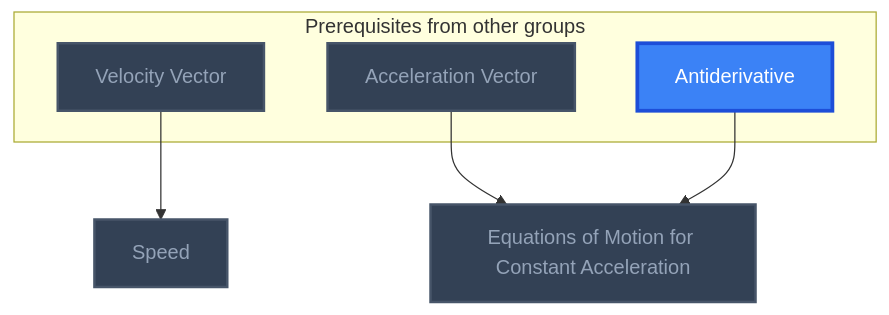
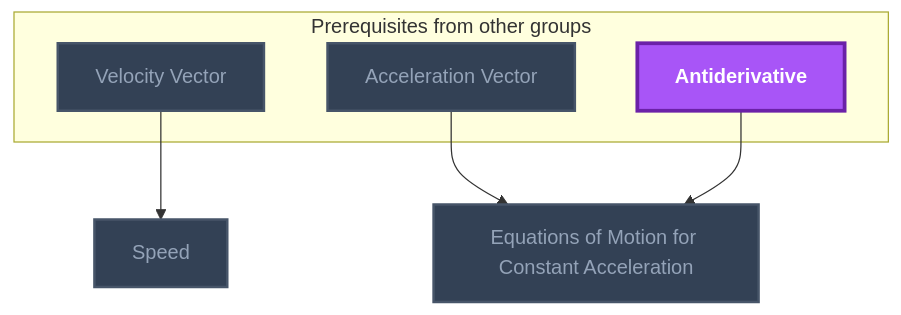
One commit to MRauf1/My-Notes changed the eighth of 15 diagrams in Gamification/Skill Trees/Classical Mechanics.md. Above: the diagram before and after it, drawn with Mermaid. The commit also changed 73 other files, not shown here.

````diff
--- a/Gamification/Skill Trees/Classical Mechanics.md
+++ b/Gamification/Skill Trees/Classical Mechanics.md
@@ -251,25 +251,25 @@
 ```mermaid
 flowchart TD
     classDef planned fill:#1E293B,stroke:#64748B,stroke-width:2px,stroke-dasharray:5 5,color:#94A3B8;
     classDef locked fill:#334155,stroke:#475569,stroke-width:2px,color:#94A3B8;
     classDef L0 fill:#F1F5F9,stroke:#94A3B8,stroke-width:2px,color:#000000;
     classDef L1 fill:#22C55E,stroke:#15803D,stroke-width:2px,color:#000000;
     classDef L2 fill:#3B82F6,stroke:#1D4ED8,stroke-width:3px,color:#FFFFFF;
     classDef L3 fill:#A855F7,stroke:#6B21A8,stroke-width:3px,color:#FFFFFF,font-weight:bold;
     classDef L4 fill:#F97316,stroke:#C2410C,stroke-width:4px,color:#000000,font-weight:bold;
     classDef L5 fill:#FFD700,stroke:#FF8C00,stroke-width:5px,color:#000000,font-weight:bold;
     classDef rusty stroke:#8B4513,stroke-width:4px,stroke-dasharray:3 3;
     subgraph sg_prereqs["Prerequisites from other groups"]
         n_velocity_vector["Velocity Vector"]
         n_acceleration_vector["Acceleration Vector"]
         n_antiderivative["Antiderivative"]
     end
     n_speed["Speed"]
     n_equations_of_motion_for_constant_acceleration["Equations of Motion for Constant Acceleration"]
     n_velocity_vector --> n_speed
     n_acceleration_vector --> n_equations_of_motion_for_constant_acceleration
     n_antiderivative --> n_equations_of_motion_for_constant_acceleration
     class n_velocity_vector,n_acceleration_vector,n_speed,n_equations_of_motion_for_constant_acceleration locked;
-    class n_antiderivative L2;
+    class n_antiderivative L3;
     class n_velocity_vector,n_acceleration_vector,n_antiderivative,n_speed,n_equations_of_motion_for_constant_acceleration internal-link;
 ```
````
